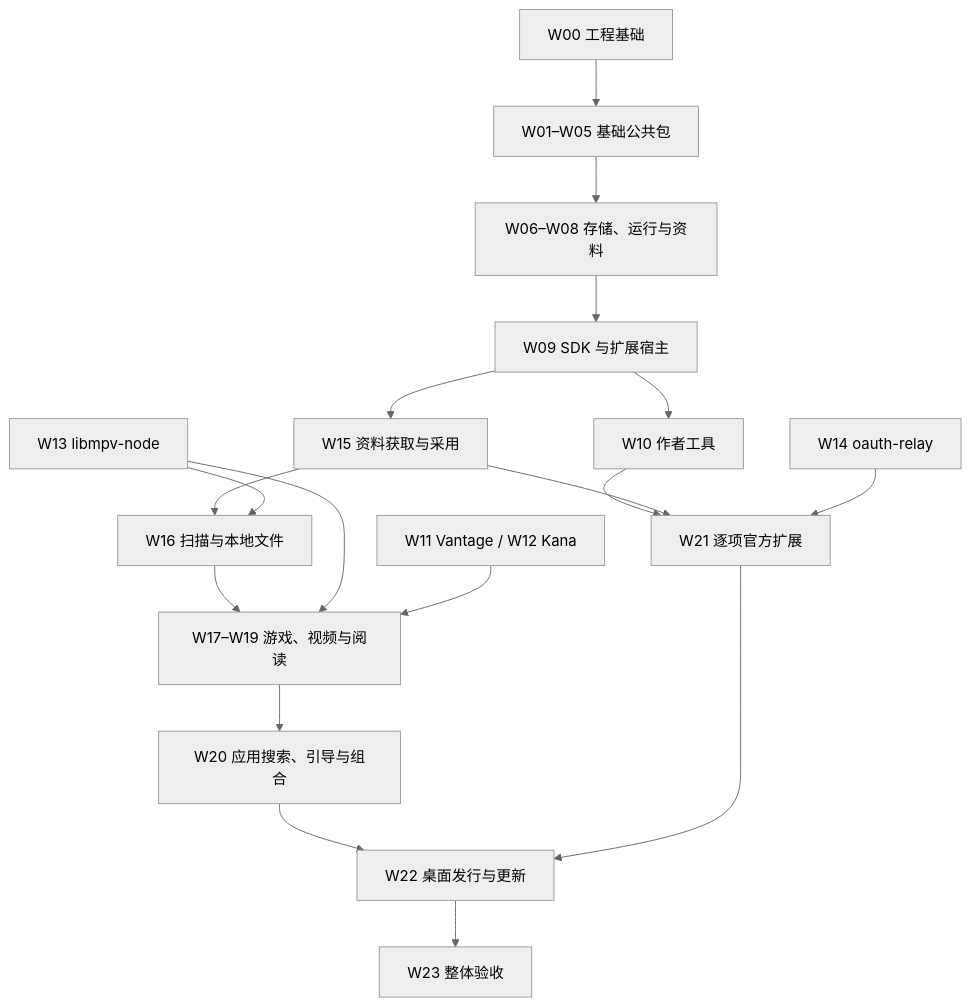
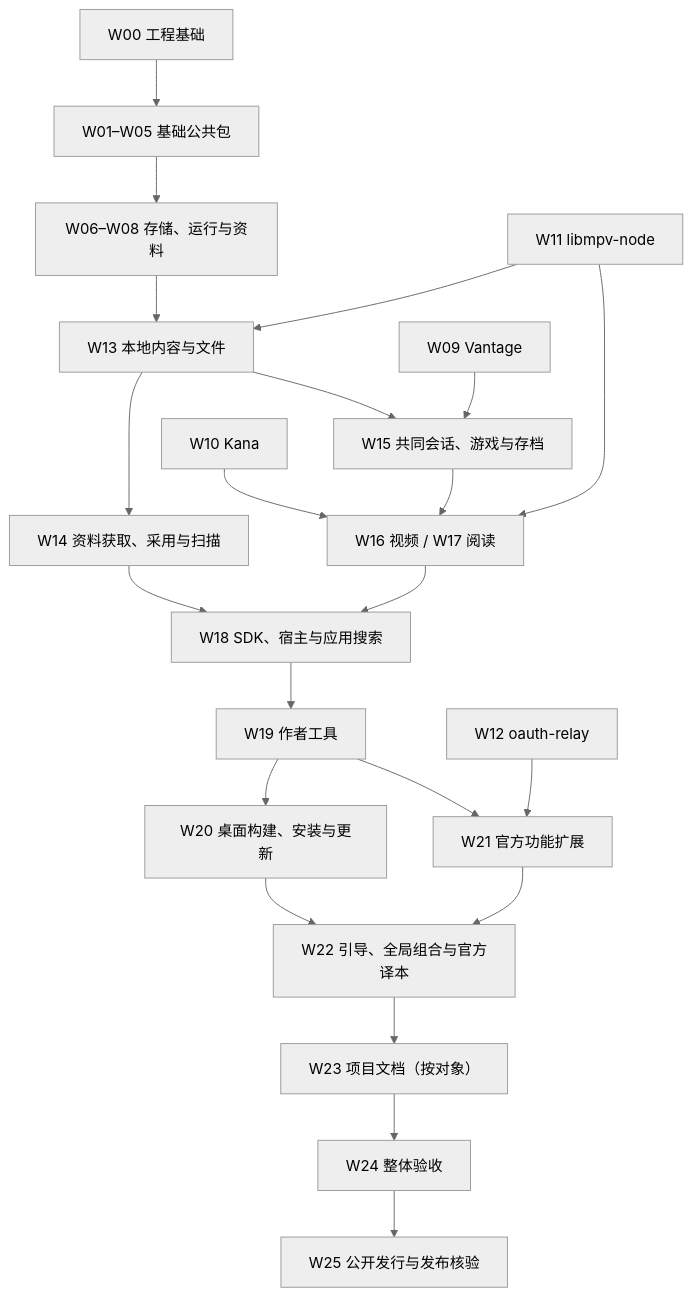
The diagram in refactor/implementation/work-packages.md (ximu3/kisaki-dev), drawn with Mermaid (neutral theme) before and after one commit. The commit also changed other lines of this file and 162 other files, not shown here.

````diff
--- a/refactor/implementation/work-packages.md
+++ b/refactor/implementation/work-packages.md
@@ -45,20 +50,24 @@
 ```mermaid
 flowchart TD
   W00["W00 工程基础"] --> BASE["W01–W05 基础公共包"]
   BASE --> DATA["W06–W08 存储、运行与资料"]
-  DATA --> RUNTIME["W09 SDK 与扩展宿主"]
-  RUNTIME --> CLI["W10 作者工具"]
-  RUNTIME --> META["W15 资料获取与采用"]
-  META --> FILES["W16 扫描与本地文件"]
-  FILES --> USE["W17–W19 游戏、视频与阅读"]
-  MPV["W13 libmpv-node"] --> FILES
-  MPV --> USE
-  ENGINES["W11 Vantage / W12 Kana"] --> USE
-  CLI --> EXT["W21 逐项官方扩展"]
-  META --> EXT
-  RELAY["W14 oauth-relay"] --> EXT
-  USE --> APP["W20 应用搜索、引导与组合"]
-  APP --> RELEASE["W22 桌面发行与更新"]
-  EXT --> RELEASE
-  RELEASE --> FINAL["W23 整体验收"]
+  DATA --> FILES["W13 本地内容与文件"]
+  MPV["W11 libmpv-node"] --> FILES
+  FILES --> INGEST["W14 资料获取、采用与扫描"]
+  FILES --> GAMES["W15 共同会话、游戏与存档"]
+  VANTAGE["W09 Vantage"] --> GAMES
+  GAMES --> MEDIA["W16 视频 / W17 阅读"]
+  MPV --> MEDIA
+  KANA["W10 Kana"] --> MEDIA
+  INGEST --> HOST["W18 SDK、宿主与应用搜索"]
+  MEDIA --> HOST
+  HOST --> CLI["W19 作者工具"]
+  CLI --> DESKTOP["W20 桌面构建、安装与更新"]
+  CLI --> EXT["W21 官方功能扩展"]
+  RELAY["W12 oauth-relay"] --> EXT
+  EXT --> APP["W22 引导、全局组合与官方译本"]
+  DESKTOP --> APP
+  APP --> DOCS["W23 项目文档（按对象）"]
+  DOCS --> ACCEPTANCE["W24 整体验收"]
+  ACCEPTANCE --> PUBLISH["W25 公开发行与发布核验"]
 ```
````
